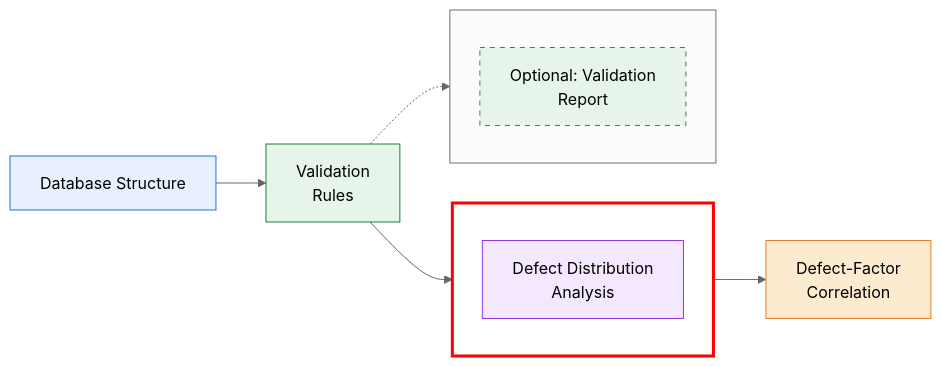
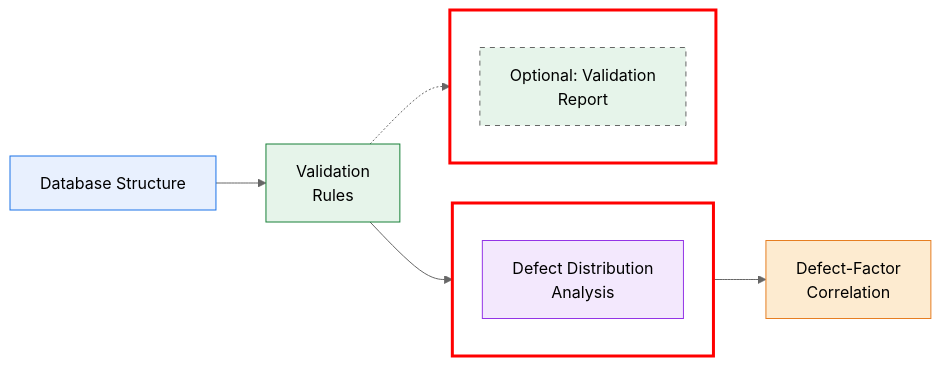
Before and after one commit to SewerDefectAnalysis/Defect_description: the diagram in README.md, drawn with Mermaid (neutral theme).

````diff
--- a/README.md
+++ b/README.md
@@ -9,37 +9,39 @@
 ```mermaid
 %%{init: {'flowchart': {'nodeSpacing': 40, 'rankSpacing': 50}}}%%
 flowchart LR
 
     A[Database Structure]:::data --> B[Validation<br/>Rules]:::validation
     B --> D[Defect Distribution<br/>Analysis]:::analysis
     D --> E[Defect-Factor<br/>Correlation]:::analysisP2
 
     subgraph boxD[ ]
         direction TB
         D
     end
 
     subgraph boxC[ ]
         direction TB
         C[Optional: Validation<br/>Report]:::optional
     end
 
     style boxD stroke:#FF0000,stroke-width:3px,fill:none
+    style boxC stroke:#FF0000,stroke-width:3px,fill:none
 
     B -.-> C
 
 
     %% Click links
     click A "https://github.com/SewerDefectAnalysis/Database_Structure"
     click B "https://github.com/SewerDefectAnalysis/Data_validation"
     click C "https://github.com/SewerDefectAnalysis/Data_validation"
 
     %% Styles
     classDef data fill:#E8F0FE,stroke:#1A73E8
     classDef validation fill:#E6F4EA,stroke:#188038
     classDef analysis fill:#F3E8FD,stroke:#9334E6
     classDef analysisP2 fill:#FDEBD0,stroke:#E67E22
     classDef optional fill:#E6F4EA,stroke:#666666,stroke-dasharray: 5 5
 
 
+
 ```
````
